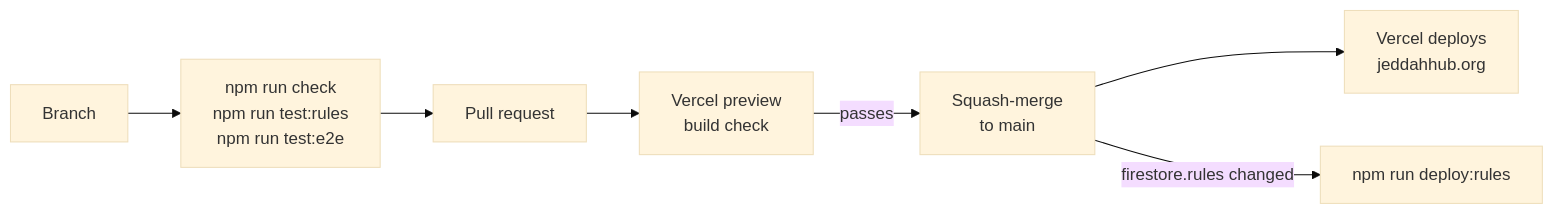
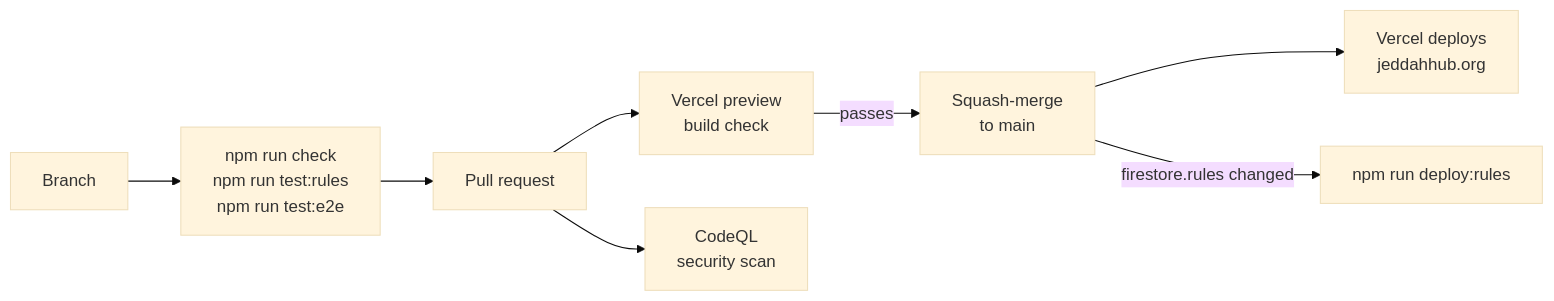
Before and after one commit to The-Dark-Ranger/Jeddah-Hub: diagram 12 of 12 in docs/HOW-IT-WORKS.md, drawn with Mermaid (base theme). The commit also changed other lines of this file and 24 other files, not shown here.

````diff
--- a/docs/HOW-IT-WORKS.md
+++ b/docs/HOW-IT-WORKS.md
@@ -399,7 +424,8 @@
 ```mermaid
 flowchart LR
     B[Branch] --> CHK[npm run check<br/>npm run test:rules<br/>npm run test:e2e] --> PR[Pull request]
     PR --> VP[Vercel preview<br/>build check]
+    PR --> CQ[CodeQL<br/>security scan]
     VP -->|passes| M[Squash-merge<br/>to main] --> PROD[Vercel deploys<br/>jeddahhub.org]
     M -->|firestore.rules changed| DR[npm run deploy:rules]
 ```
````
